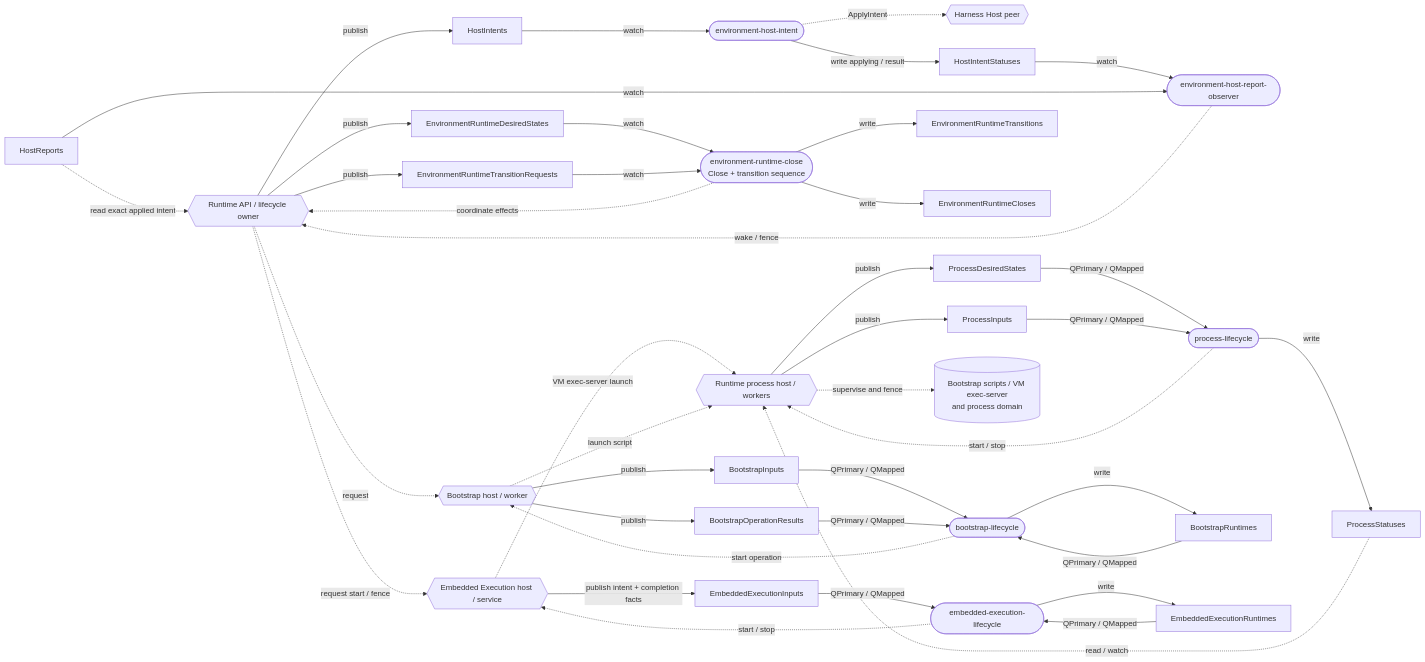
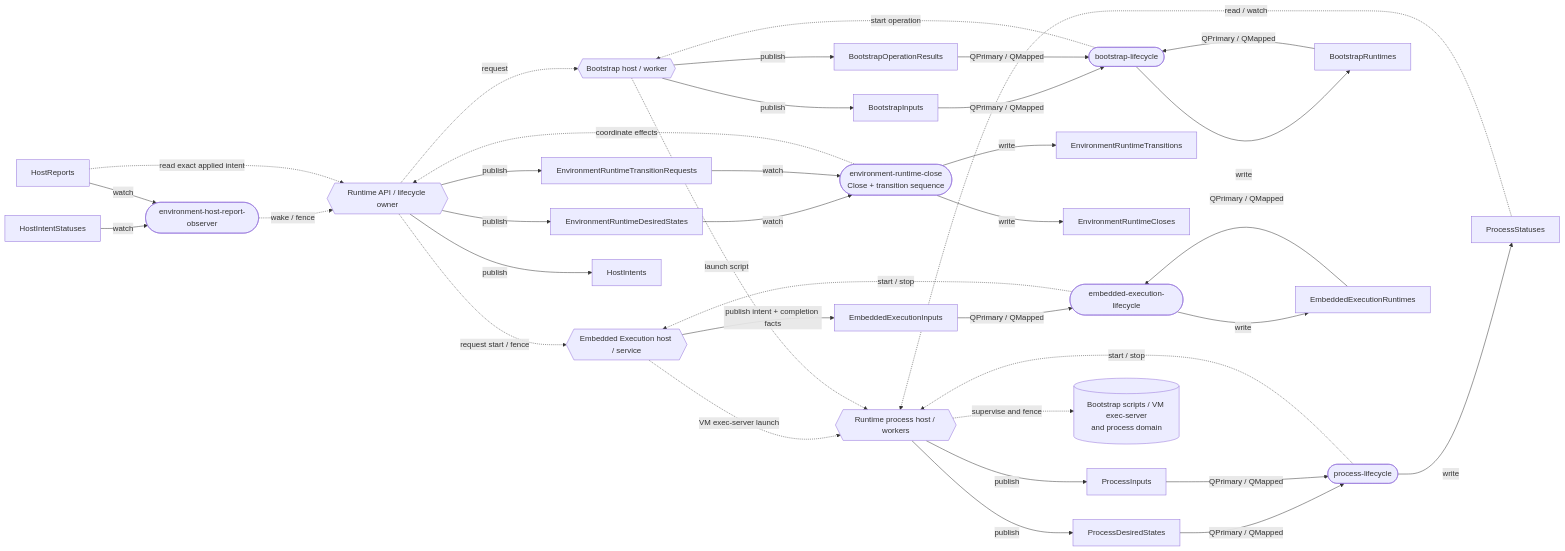
Before and after one commit to agentydragon/ducktape: the first of 7 diagrams in agentplane/env/runtime/docs/cosi.md, drawn with Mermaid. The commit also changed other lines of this file and 15 other files, not shown here.

Commit message:
Let Harness Host apply shared COSI lifecycle intent directly

````diff
--- a/agentplane/env/runtime/docs/cosi.md
+++ b/agentplane/env/runtime/docs/cosi.md
@@ -18,59 +18,54 @@
 ```mermaid
 flowchart LR
   API{{"Runtime API / lifecycle owner"}}
-  Peer{{"Harness Host peer"}}
   BH{{"Bootstrap host / worker"}}
   PH{{"Runtime process host / workers"}}
   RC(["environment-runtime-close<br/>Close + transition sequence"])
-  HI(["environment-host-intent"])
   HO(["environment-host-report-observer"])
   BC(["bootstrap-lifecycle"])
   PC(["process-lifecycle"])
   EC(["embedded-execution-lifecycle"])
   EH{{"Embedded Execution host / service"}}
   ED["EnvironmentRuntimeDesiredStates"]
   TR["EnvironmentRuntimeTransitionRequests"]
   TS["EnvironmentRuntimeTransitions"]
   CL["EnvironmentRuntimeCloses"]
   I["HostIntents"]
   IS["HostIntentStatuses"]
   R["HostReports"]
   BI["BootstrapInputs"]
   BO["BootstrapOperationResults"]
   BR["BootstrapRuntimes"]
   PD["ProcessDesiredStates"]
   PI["ProcessInputs"]
   PS["ProcessStatuses"]
   EI["EmbeddedExecutionInputs"]
   ER["EmbeddedExecutionRuntimes"]
   Native[("Bootstrap scripts / VM exec-server<br/>and process domain")]
 
   API -->|publish| ED & TR & I
   ED & TR -->|watch| RC
   RC -->|write| CL & TS
   RC -.->|coordinate effects| API
   API -.->|request start / fence| EH
   EH -->|publish intent + completion facts| EI
   EI & ER -->|QPrimary / QMapped| EC
   EC -->|write| ER
   EC -.->|start / stop| EH
   EH -.->|VM exec-server launch| PH
-  I -->|watch| HI
-  HI -->|write applying / result| IS
-  HI -.->|ApplyIntent| Peer
   IS & R -->|watch| HO
   HO -.->|wake / fence| API
   R -.->|read exact applied intent| API
   API -.->|request| BH
   BH -->|publish| BI & BO
   BI & BO & BR -->|QPrimary / QMapped| BC
   BC -->|write| BR
   BC -.->|start operation| BH
   BH -.->|launch script| PH
   PH -->|publish| PD & PI
   PD & PI -->|QPrimary / QMapped| PC
   PC -->|write| PS
   PC -.->|start / stop| PH
   PH -.->|supervise and fence| Native
   PS -.->|read / watch| PH
 ```
````
